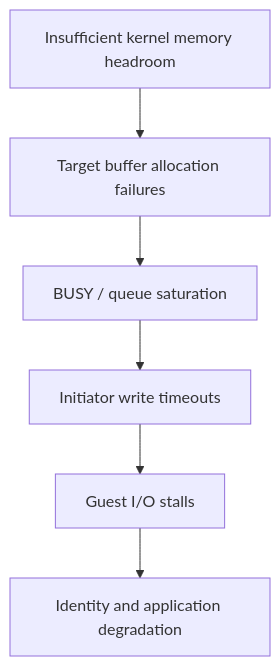
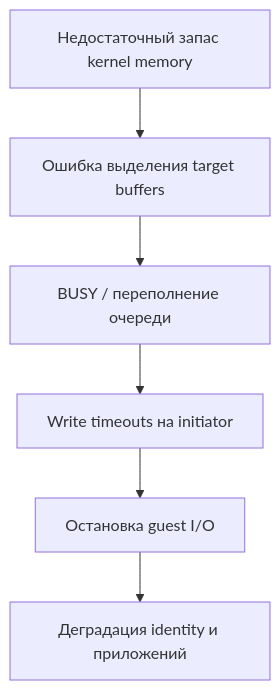
Before and after one commit to Ilyusa206/engineering-showcase: the diagram in infrastructure/incident-analysis.md, drawn with Mermaid. The commit also changed other lines of this file and 17 other files, not shown here.

````diff
--- a/infrastructure/incident-analysis.md
+++ b/infrastructure/incident-analysis.md
@@ -9,8 +9,8 @@
 ```mermaid
 flowchart TD
-    M["Insufficient kernel memory headroom"] --> A["Target buffer allocation failures"]
-    A --> B["BUSY / queue saturation"]
-    B --> T["Initiator write timeouts"]
-    T --> V["Guest I/O stalls"]
-    V --> D["Identity and application degradation"]
+    M["Недостаточный запас kernel memory"] --> A["Ошибка выделения target buffers"]
+    A --> B["BUSY / переполнение очереди"]
+    B --> T["Write timeouts на initiator"]
+    T --> V["Остановка guest I/O"]
+    V --> D["Деградация identity и приложений"]
 ```
````
